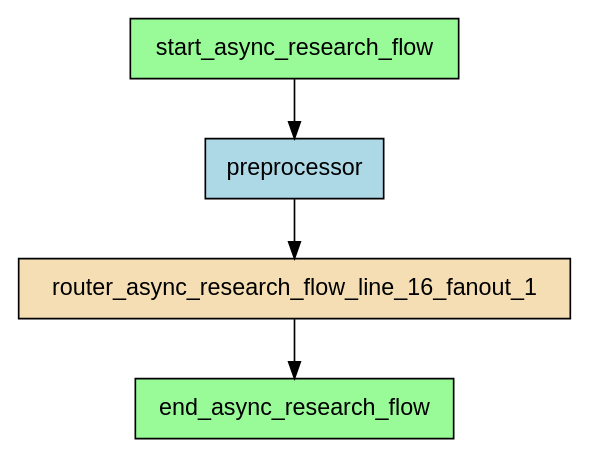
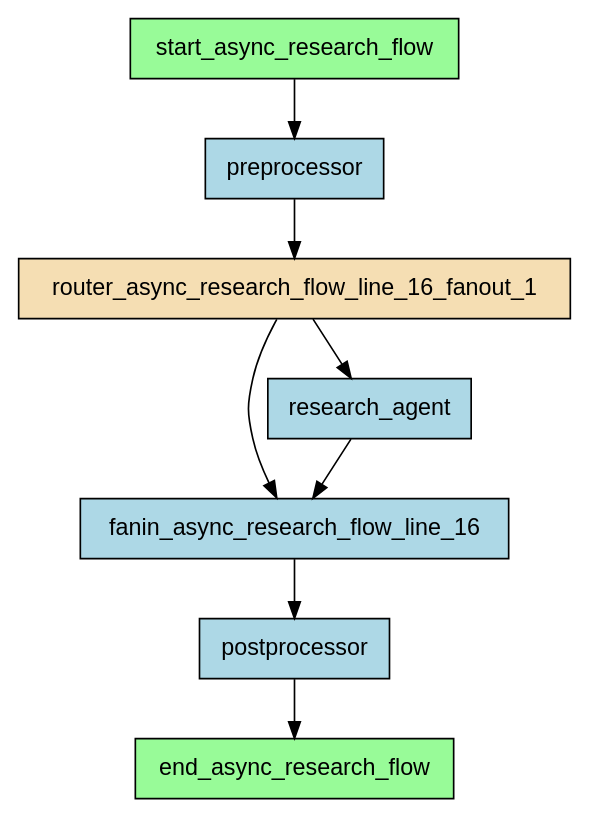
Before and after one commit to deliveryhero/asya: the diagram in examples/flows/compiled/fanout_gather/flow.dot, drawn with Graphviz. The commit also changed 108 other files, not shown here.

```diff
--- a/examples/flows/compiled/fanout_gather/flow.dot
+++ b/examples/flows/compiled/fanout_gather/flow.dot
@@ -1,13 +1,20 @@
 digraph "async_research_flow" {
     rankdir=TB;
     node [shape=box, style=filled, fontname="Helvetica"];
 
     end_async_research_flow [label="end_async_research_flow", fillcolor=palegreen];
+    fanin_async_research_flow_line_16 [label="fanin_async_research_flow_line_16", fillcolor=lightblue];
+    postprocessor [label="postprocessor", fillcolor=lightblue];
     preprocessor [label="preprocessor", fillcolor=lightblue];
+    research_agent [label="research_agent", fillcolor=lightblue];
     router_async_research_flow_line_16_fanout_1 [label="router_async_research_flow_line_16_fanout_1", fillcolor=wheat];
     start_async_research_flow [label="start_async_research_flow", fillcolor=palegreen];
 
     start_async_research_flow -> preprocessor;
     preprocessor -> router_async_research_flow_line_16_fanout_1;
-    router_async_research_flow_line_16_fanout_1 -> end_async_research_flow;
+    router_async_research_flow_line_16_fanout_1 -> fanin_async_research_flow_line_16;
+    fanin_async_research_flow_line_16 -> postprocessor;
+    router_async_research_flow_line_16_fanout_1 -> research_agent;
+    research_agent -> fanin_async_research_flow_line_16;
+    postprocessor -> end_async_research_flow;
 }
```
